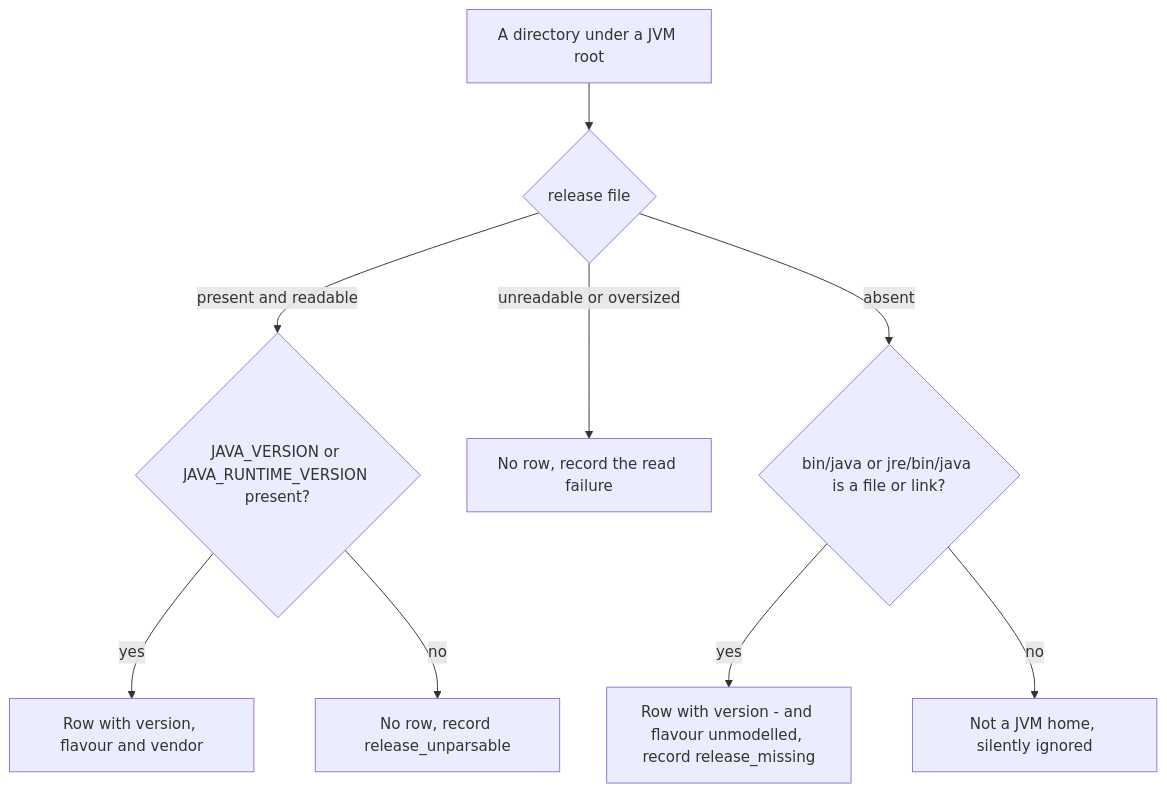
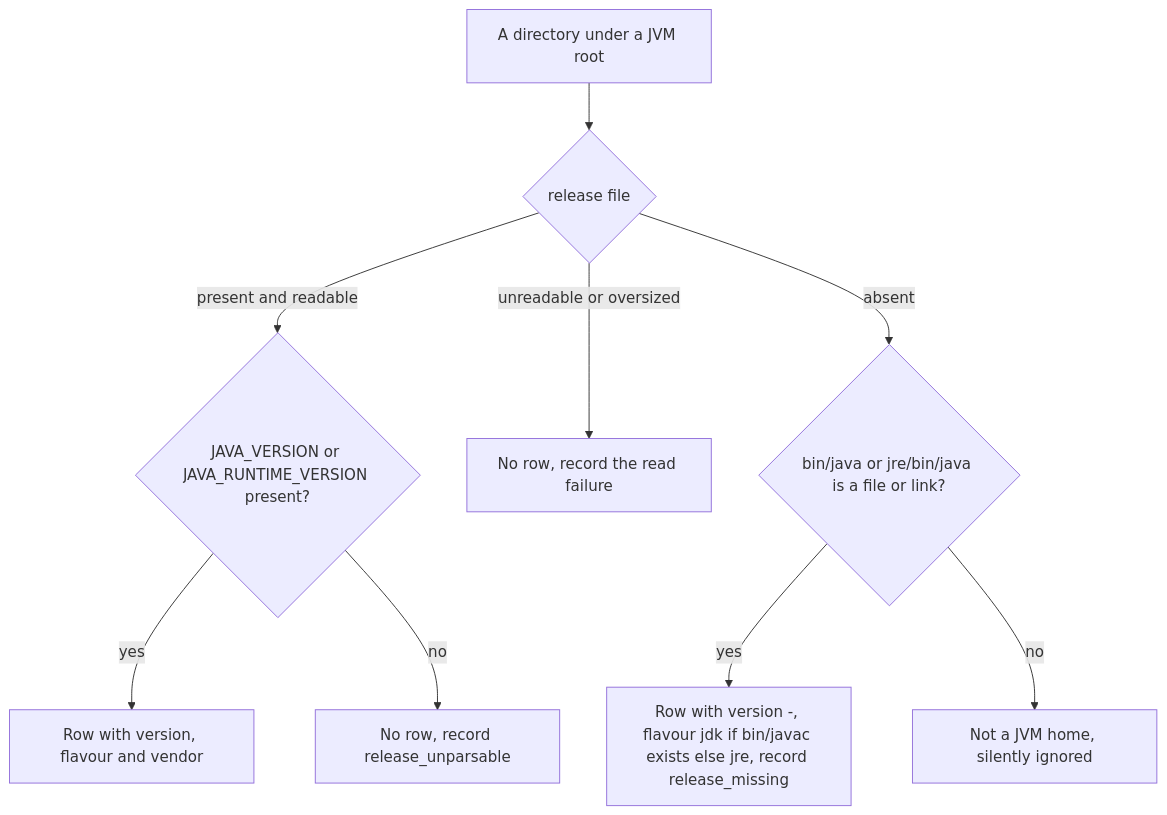
One commit to DevNullLtd/Yuzu changed the third of 3 diagrams in agents/plugins/runtimes/README.md. Above: the diagram before and after it, drawn with Mermaid. The commit also changed other lines of this file and 16 other files, not shown here.

Commit message:
feat(runtimes): read JDK vs JRE on Linux from bin/javac when IMAGE_TYPE is absent

````diff
--- a/agents/plugins/runtimes/README.md
+++ b/agents/plugins/runtimes/README.md
@@ -67,11 +67,11 @@
 ```mermaid
 flowchart TD
   H[A directory under a JVM root] --> RF{release file}
   RF -- present and readable --> V{JAVA_VERSION or JAVA_RUNTIME_VERSION present?}
   V -- yes --> ROW[Row with version, flavour and vendor]
   V -- no --> UP[No row, record release_unparsable]
   RF -- unreadable or oversized --> RE[No row, record the read failure]
   RF -- absent --> BJ{bin/java or jre/bin/java is a file or link?}
-  BJ -- yes --> RM["Row with version - and flavour unmodelled, record release_missing"]
+  BJ -- yes --> RM["Row with version -, flavour jdk if bin/javac exists else jre, record release_missing"]
   BJ -- no --> NH[Not a JVM home, silently ignored]
 ```
````
